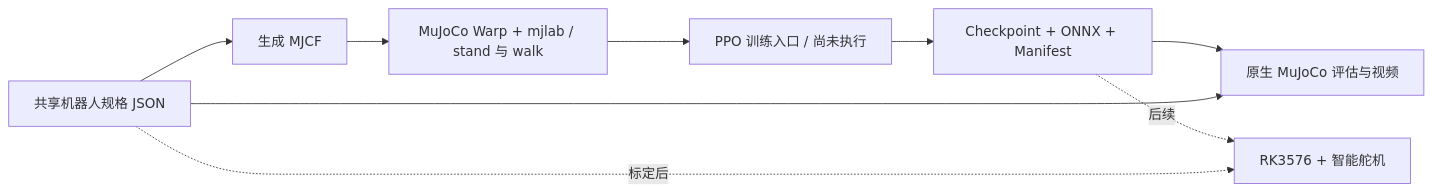
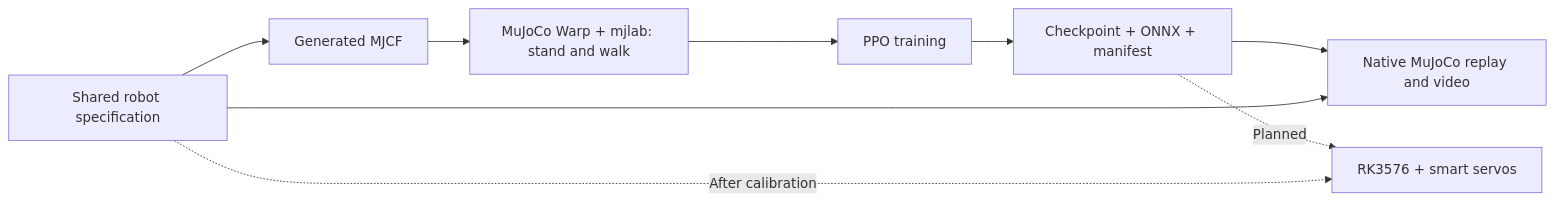
Before and after one commit to impoai/corgi-rl: the diagram in README.md, drawn with Mermaid. The commit also changed other lines of this file and 7 other files, not shown here.

````diff
--- a/README.md
+++ b/README.md
@@ -14,11 +21,11 @@
 ```mermaid
 flowchart LR
-    S[共享机器人规格 JSON] --> M[生成 MJCF]
-    M --> E[MuJoCo Warp + mjlab / stand 与 walk]
-    E --> P[PPO 训练入口 / 尚未执行]
-    P --> C[Checkpoint + ONNX + Manifest]
-    C --> V[原生 MuJoCo 评估与视频]
+    S[Shared robot specification] --> M[Generated MJCF]
+    M --> E[MuJoCo Warp + mjlab: stand and walk]
+    E --> P[PPO training]
+    P --> C[Checkpoint + ONNX + manifest]
+    C --> V[Native MuJoCo replay and video]
     S --> V
-    C -. 后续 .-> H[RK3576 + 智能舵机]
-    S -. 标定后 .-> H
+    C -. Planned .-> H[RK3576 + smart servos]
+    S -. After calibration .-> H
 ```
````
